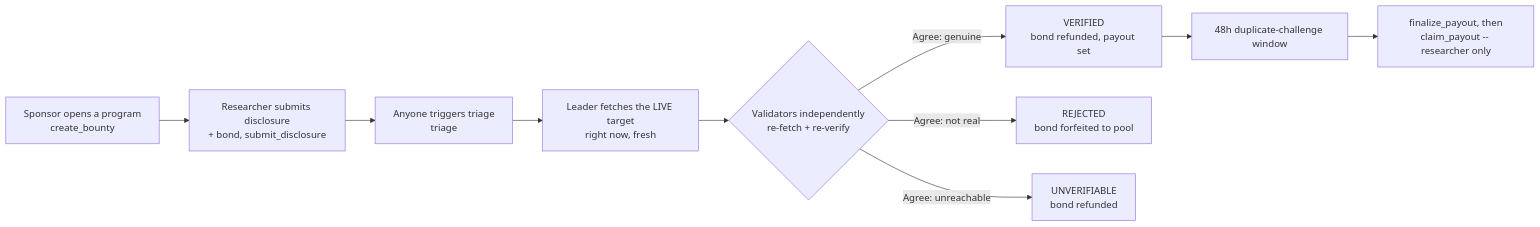
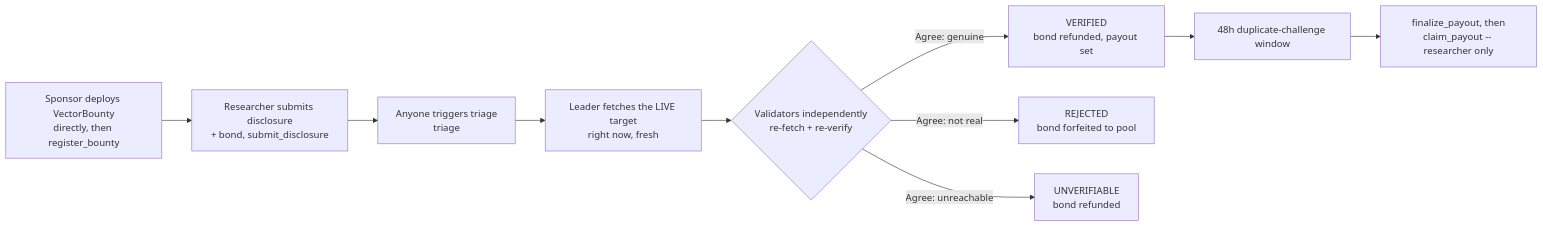
One commit to Fortune9thx/vector changed the diagram in README.md. Above: the diagram before and after it, drawn with Mermaid. The commit also changed other lines of this file and 21 other files, not shown here.

First line of the commit message:
Redesign bounty creation as deploy-then-register; fix a live-broken get_timestamp()

````diff
--- a/README.md
+++ b/README.md
@@ -29,12 +28,12 @@
 ```mermaid
 flowchart LR
-    A[Sponsor opens a program<br/>create_bounty] --> B[Researcher submits disclosure<br/>+ bond, submit_disclosure]
+    A[Sponsor deploys VectorBounty<br/>directly, then register_bounty] --> B[Researcher submits disclosure<br/>+ bond, submit_disclosure]
     B --> C[Anyone triggers triage<br/>triage]
     C --> D[Leader fetches the LIVE target<br/>right now, fresh]
     D --> E{Validators independently<br/>re-fetch + re-verify}
     E -->|Agree: genuine| F[VERIFIED<br/>bond refunded, payout set]
     E -->|Agree: not real| G[REJECTED<br/>bond forfeited to pool]
     E -->|Agree: unreachable| H[UNVERIFIABLE<br/>bond refunded]
     F --> I[48h duplicate-challenge window]
     I --> J[finalize_payout, then<br/>claim_payout -- researcher only]
 ```
````
